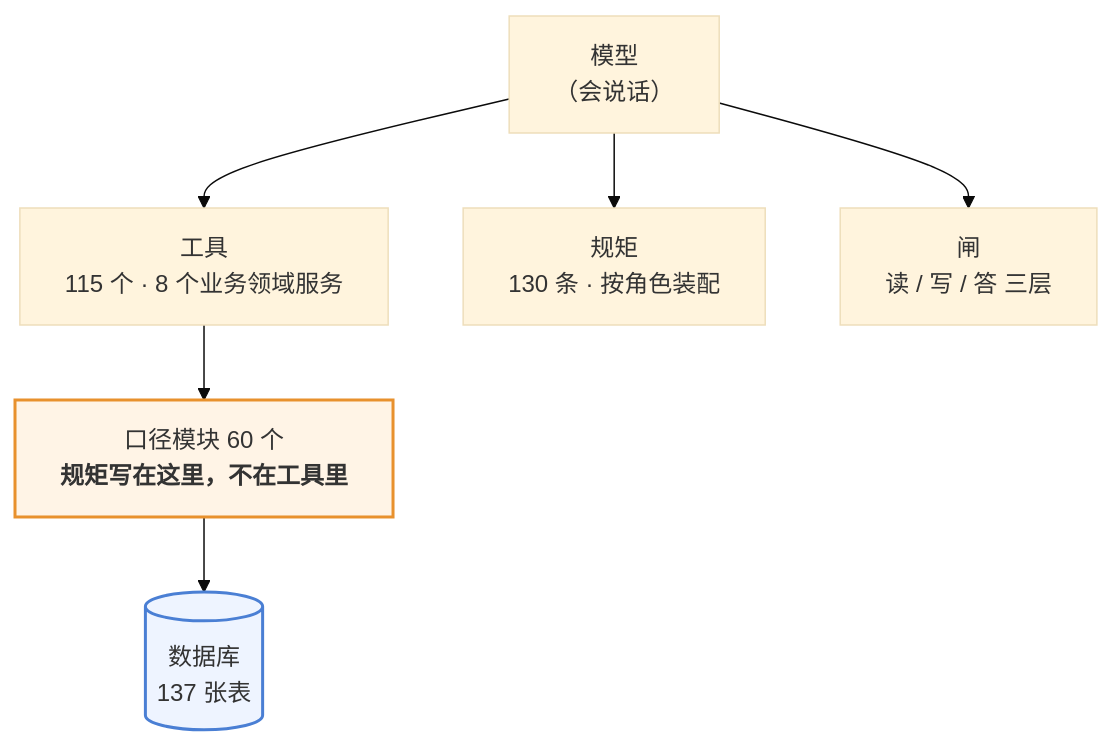
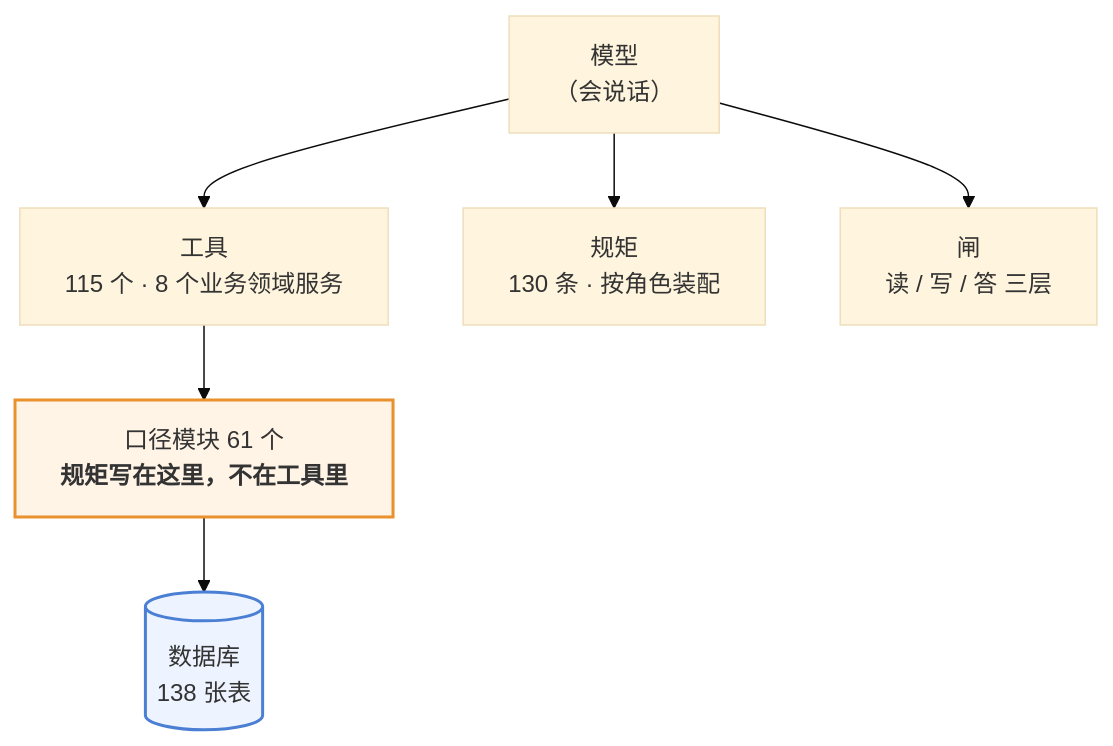
One commit to 843773296-rgb/lanxiu-yunshang-agent changed the first of 3 diagrams in 澜绣云裳agent-产品说明.md. Above: the diagram before and after it, drawn with Mermaid (base theme). The commit also changed other lines of this file and 4 other files, not shown here.

````diff
--- a/澜绣云裳agent-产品说明.md
+++ b/澜绣云裳agent-产品说明.md
@@ -62,12 +62,12 @@
 ```mermaid
 flowchart TD
     M["模型<br/>（会说话）"]
     M --> T["工具<br/>115 个 · 8 个业务领域服务"]
     M --> R["规矩<br/>130 条 · 按角色装配"]
     M --> G["闸<br/>读 / 写 / 答 三层"]
-    T --> K["口径模块 60 个<br/><b>规矩写在这里，不在工具里</b>"]
-    K --> DB[("数据库<br/>137 张表")]
+    T --> K["口径模块 61 个<br/><b>规矩写在这里，不在工具里</b>"]
+    K --> DB[("数据库<br/>138 张表")]
 
     style K fill:#fff4e6,stroke:#e8912d,stroke-width:2px
     style DB fill:#eef4ff,stroke:#4a7fd4,stroke-width:2px
 ```
````
